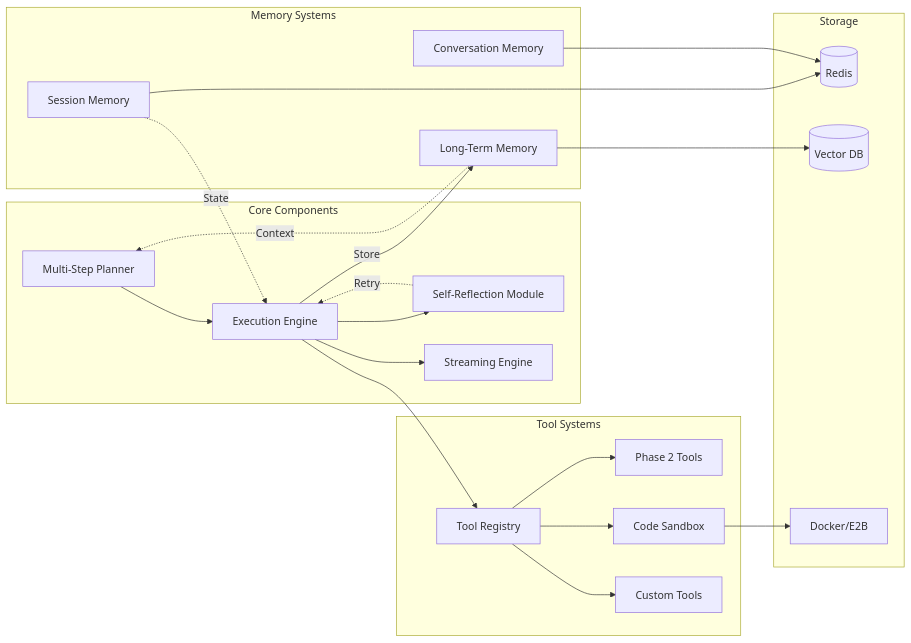
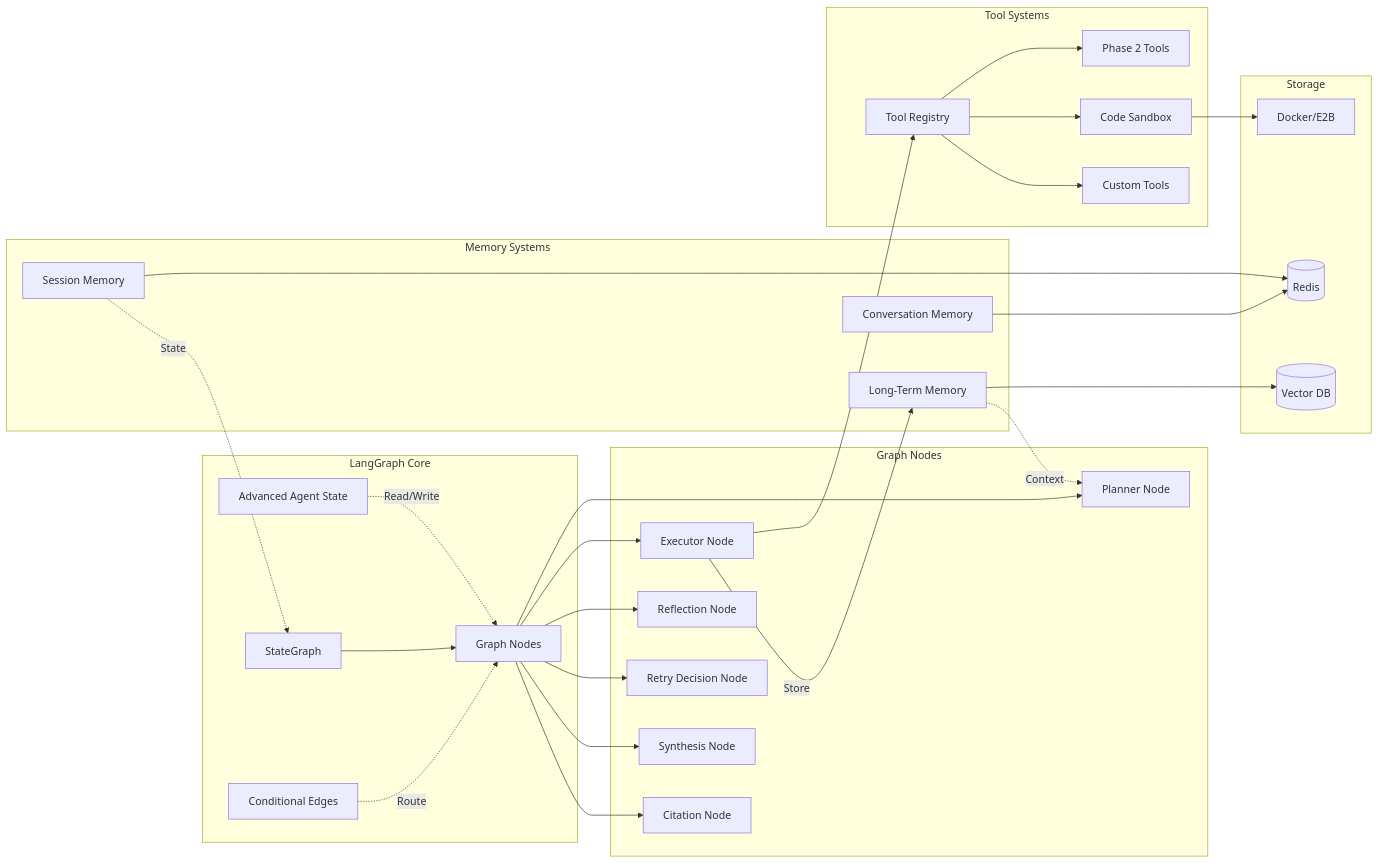
The third of 3 diagrams in Architecture/plans/advanced-agent/design.md (DTin01603/AI_project), drawn with Mermaid before and after one commit. The commit also changed other lines of this file and 3 other files, not shown here.

````diff
--- a/Architecture/plans/advanced-agent/design.md
+++ b/Architecture/plans/advanced-agent/design.md
@@ -155,46 +193,62 @@
 ```mermaid
 graph LR
-    subgraph Core Components
-        MSP[Multi-Step Planner]
-        SR[Self-Reflection Module]
-        EE[Execution Engine]
-        SE[Streaming Engine]
+    subgraph LangGraph Core
+        State[Advanced Agent State]
+        Graph[StateGraph]
+        Nodes[Graph Nodes]
+        Edges[Conditional Edges]
+    end
+    
+    subgraph Graph Nodes
+        PNode[Planner Node]
+        ENode[Executor Node]
+        RNode[Reflection Node]
+        DNode[Retry Decision Node]
+        SNode[Synthesis Node]
+        CNode[Citation Node]
     end
     
     subgraph Memory Systems
         LTM[Long-Term Memory]
         SM[Session Memory]
         CM[Conversation Memory]
     end
     
     subgraph Tool Systems
         TR[Tool Registry]
         P2T[Phase 2 Tools]
         CS[Code Sandbox]
         CT[Custom Tools]
     end
     
     subgraph Storage
         Redis[(Redis)]
         VDB[(Vector DB)]
         Docker[Docker/E2B]
     end
     
-    MSP --> EE
-    EE --> SR
-    SR -.->|Retry| EE
-    EE --> SE
-    EE --> TR
+    Graph --> Nodes
+    Nodes --> PNode
+    Nodes --> ENode
+    Nodes --> RNode
+    Nodes --> DNode
+    Nodes --> SNode
+    Nodes --> CNode
+    
+    State -.->|Read/Write| Nodes
+    Edges -.->|Route| Nodes
+    
+    ENode --> TR
     TR --> P2T
     TR --> CS
     TR --> CT
     
     LTM --> VDB
     SM --> Redis
     CM --> Redis
     CS --> Docker
     
-    LTM -.->|Context| MSP
-    SM -.->|State| EE
-    EE -->|Store| LTM
+    LTM -.->|Context| PNode
+    SM -.->|State| Graph
+    ENode -->|Store| LTM
 ```
````
